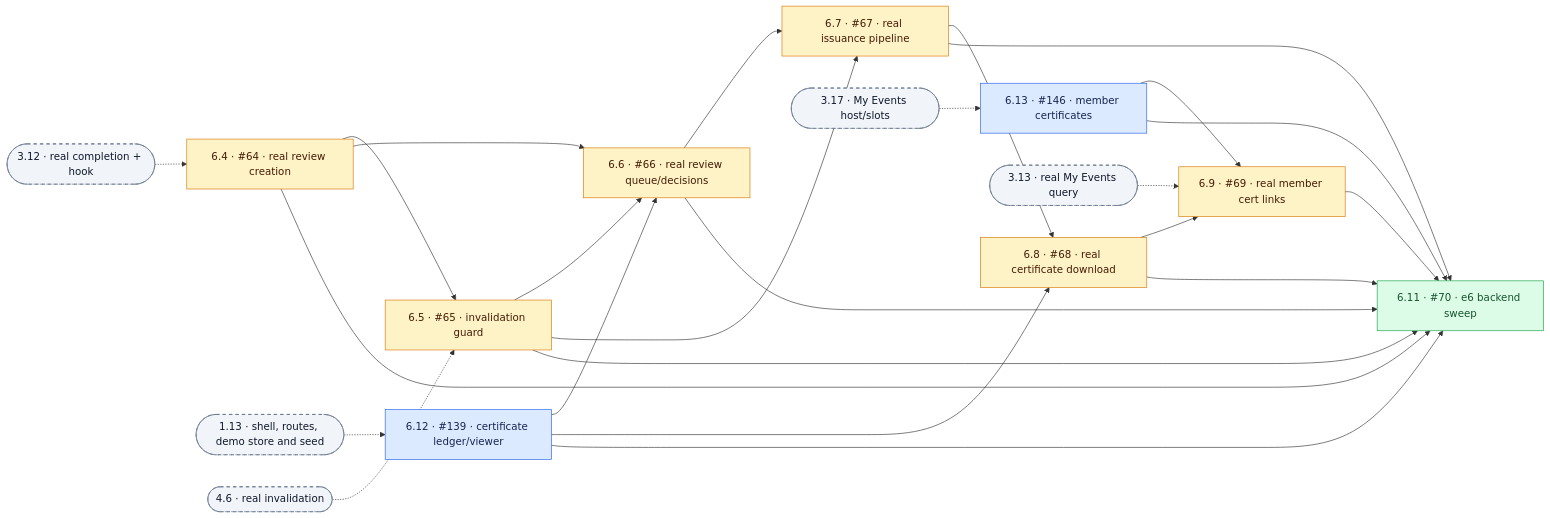
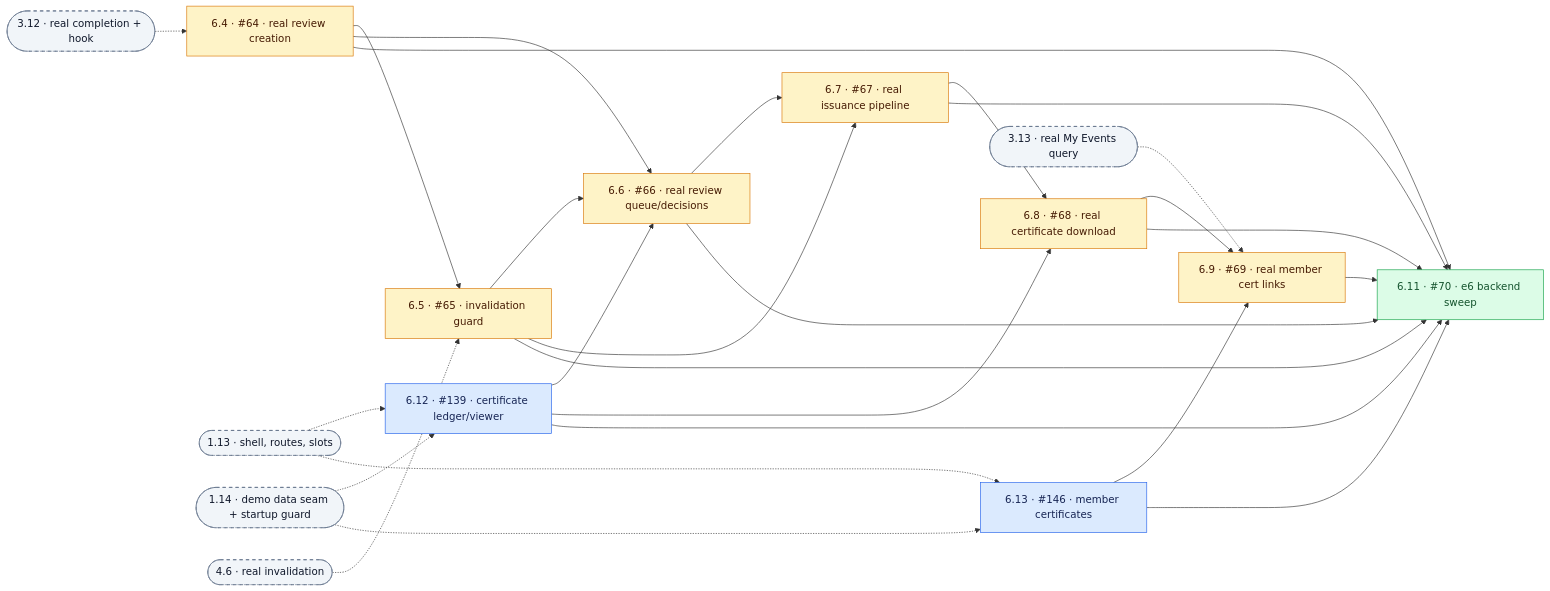
Before and after one commit to skaarfundgandr/attendta: the eighth of 10 diagrams in _bmad-output/initiative-attendta/dependency-graphs-demo-first.md, drawn with Mermaid. The commit also changed other lines of this file and 60 other files, not shown here.

````diff
--- a/_bmad-output/initiative-attendta/dependency-graphs-demo-first.md
+++ b/_bmad-output/initiative-attendta/dependency-graphs-demo-first.md
@@ -357,45 +389,47 @@
 ```mermaid
 flowchart LR
   t6_12["6.12 · #139 · certificate ledger/viewer"]:::critical
   t6_13["6.13 · #146 · member certificates"]:::critical
   t6_4["6.4 · #64 · real review creation"]:::integration
   t6_5["6.5 · #65 · invalidation guard"]:::integration
   t6_6["6.6 · #66 · real review queue/decisions"]:::integration
   t6_7["6.7 · #67 · real issuance pipeline"]:::integration
   t6_8["6.8 · #68 · real certificate download"]:::integration
   t6_9["6.9 · #69 · real member cert links"]:::integration
   t6_11["6.11 · #70 · e6 backend sweep"]:::finale
-  xt1_13(["1.13 · shell, routes, demo store and seed"]):::ext
-  xt3_17(["3.17 · My Events host/slots"]):::ext
+  xt1_13(["1.13 · shell, routes, slots"]):::ext
+  xt1_14(["1.14 · demo data seam + startup guard"]):::ext
   xt3_13(["3.13 · real My Events query"]):::ext
   xt3_12(["3.12 · real completion + hook"]):::ext
   xt4_6(["4.6 · real invalidation"]):::ext
   xt1_13 -.-> t6_12
-  xt3_17 -.-> t6_13
+  xt1_13 -.-> t6_13
+  xt1_14 -.-> t6_12
+  xt1_14 -.-> t6_13
   t6_12 --> t6_6
   t6_12 --> t6_8
   t6_12 --> t6_11
   t6_13 --> t6_9
   t6_13 --> t6_11
   xt3_13 -.-> t6_9
   xt3_12 -.-> t6_4
   t6_4 --> t6_5
   t6_4 --> t6_6
   t6_4 --> t6_11
   xt4_6 -.-> t6_5
   t6_5 --> t6_6
   t6_5 --> t6_7
   t6_5 --> t6_11
   t6_6 --> t6_7
   t6_6 --> t6_11
   t6_7 --> t6_8
   t6_7 --> t6_11
   t6_8 --> t6_9
   t6_8 --> t6_11
   t6_9 --> t6_11
   classDef critical fill:#dbeafe,stroke:#2563eb,color:#172554
   classDef polish fill:#ede9fe,stroke:#7c3aed,color:#2e1065
   classDef integration fill:#fef3c7,stroke:#d97706,color:#451a03
   classDef finale fill:#dcfce7,stroke:#16a34a,color:#14532d
   classDef ext fill:#f1f5f9,stroke:#64748b,color:#0f172a,stroke-dasharray:5 5
 ```
````
